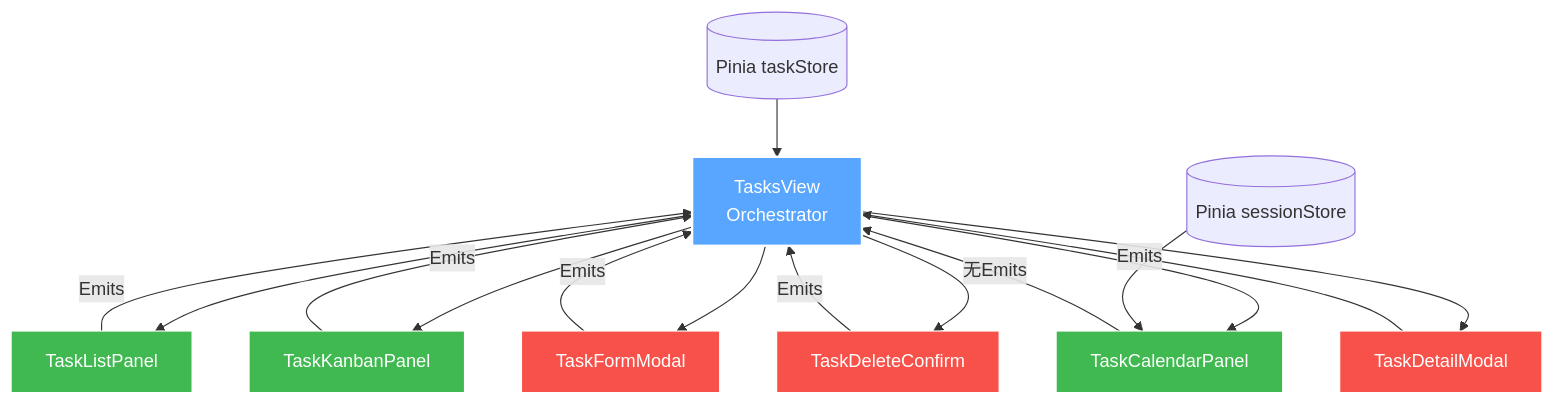
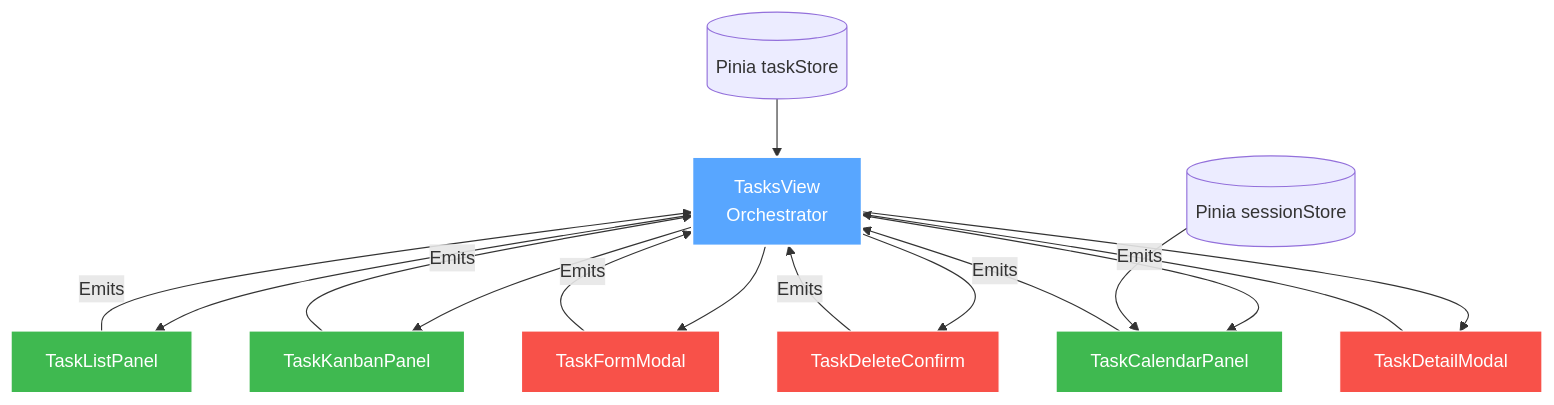
The first of 8 diagrams in DevNotes/Module/TasksView/TasksView.structure.md (zc63463-cmyk/potodoroX), drawn with Mermaid before and after one commit. The commit also changed other lines of this file and 1 other file, not shown here.

````diff
--- a/DevNotes/Module/TasksView/TasksView.structure.md
+++ b/DevNotes/Module/TasksView/TasksView.structure.md
@@ -14,27 +14,27 @@
 ```mermaid
 graph TD
     A[TasksView<br/>Orchestrator] --> B[TaskListPanel]
     A --> C[TaskKanbanPanel]
     A --> D[TaskCalendarPanel]
     A --> E[TaskFormModal]
     A --> F[TaskDeleteConfirm]
     A --> G[TaskDetailModal]
 
     B -->|Emits| A
     C -->|Emits| A
-    D -->|无Emits| A
+    D -->|Emits| A
     E -->|Emits| A
     F -->|Emits| A
     G -->|Emits| A
 
     H[(Pinia taskStore)] --> A
     I[(Pinia sessionStore)] --> D
 
     style A fill:#58A6FF,stroke:#fff,stroke-width:2px,color:#fff
     style B fill:#3FB950,stroke:#fff,color:#fff
     style C fill:#3FB950,stroke:#fff,color:#fff
     style D fill:#3FB950,stroke:#fff,color:#fff
     style E fill:#F85149,stroke:#fff,color:#fff
     style F fill:#F85149,stroke:#fff,color:#fff
     style G fill:#F85149,stroke:#fff,color:#fff
 ```
````
